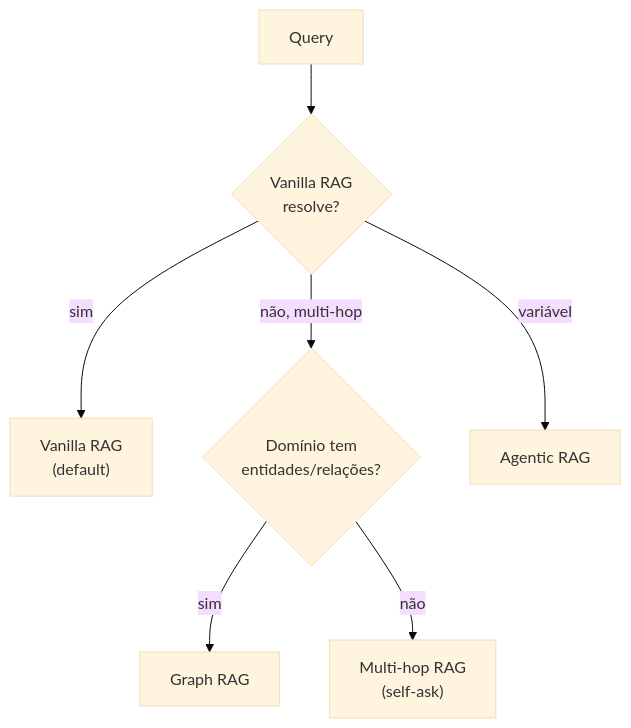
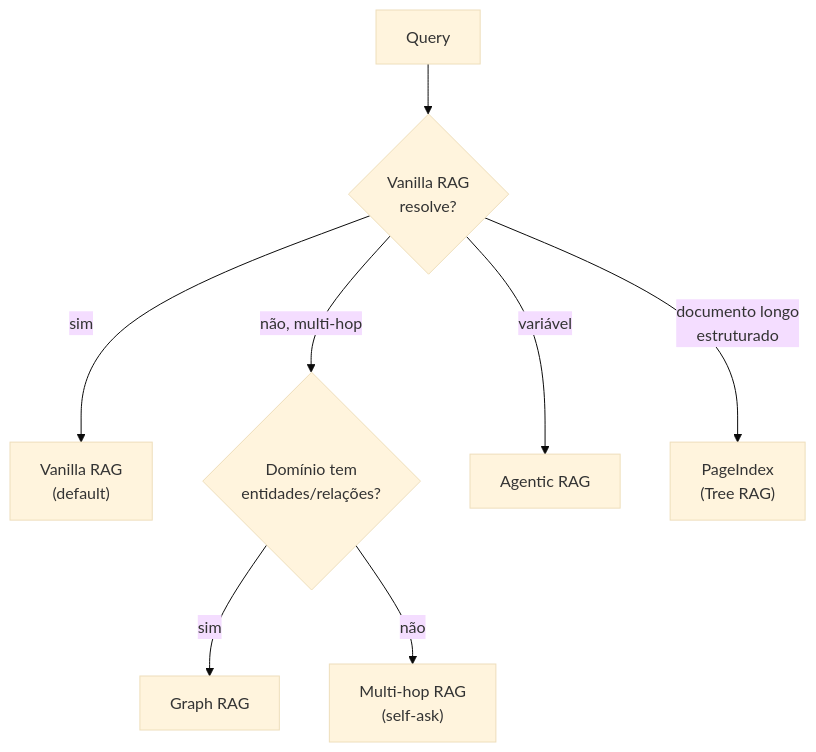
One commit to josenaldo/my-dev-notebook changed the third of 3 diagrams in 03-Dominios/IA/RAG e Vector Databases/11 - Padrões avançados — Graph RAG, Agentic RAG, multi-hop.md. Above: the diagram before and after it, drawn with Mermaid (base theme). The commit also changed other lines of this file and 9 other files, not shown here.

````diff
--- a/03-Dominios/IA/RAG e Vector Databases/11 - Padrões avançados — Graph RAG, Agentic RAG, multi-hop.md
+++ b/03-Dominios/IA/RAG e Vector Databases/11 - Padrões avançados — Graph RAG, Agentic RAG, multi-hop.md
@@ -208,9 +239,10 @@
 ```mermaid
 graph TD
     A["Query"] --> B{"Vanilla RAG<br/>resolve?"}
     B -->|sim| C["Vanilla RAG<br/>(default)"]
     B -->|"não, multi-hop"| D{"Domínio tem<br/>entidades/relações?"}
     D -->|sim| E["Graph RAG"]
     D -->|não| F["Multi-hop RAG<br/>(self-ask)"]
     B -->|"variável"| G["Agentic RAG"]
+    B -->|"documento longo<br/>estruturado"| H["PageIndex<br/>(Tree RAG)"]
 ```
````
